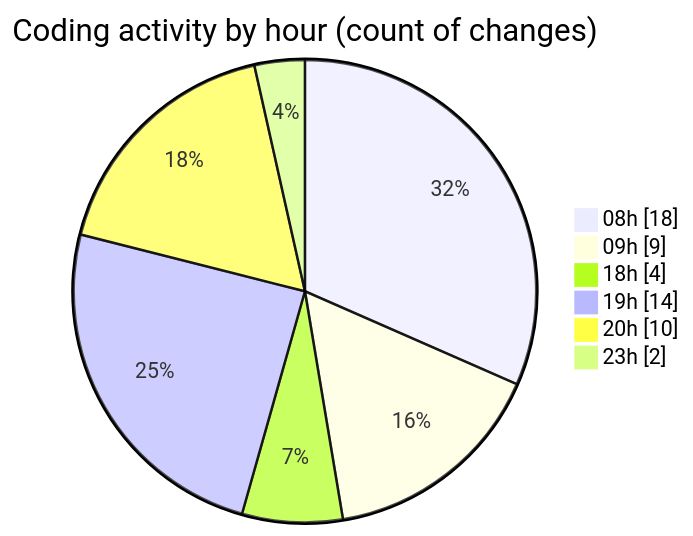
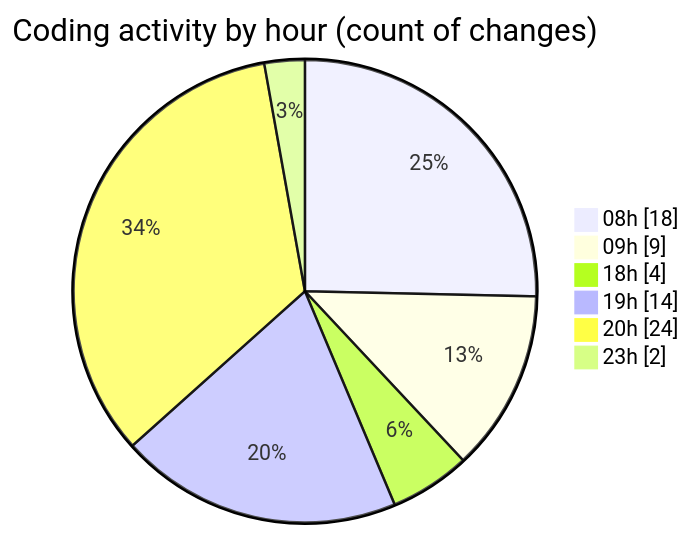
The second of 2 diagrams in 2025-05-05/niten/README.md (Elitesun/code-tracking), drawn with Mermaid before and after one commit. The commit also changed other lines of this file and 1 other file, not shown here.

````diff
--- a/2025-05-05/niten/README.md
+++ b/2025-05-05/niten/README.md
@@ -45,10 +58,10 @@
 ```mermaid
 pie showData
 title Coding activity by hour (count of changes)
 "08h" : 18
 "09h" : 9
 "18h" : 4
 "19h" : 14
-"20h" : 10
+"20h" : 24
 "23h" : 2
 ```
````
